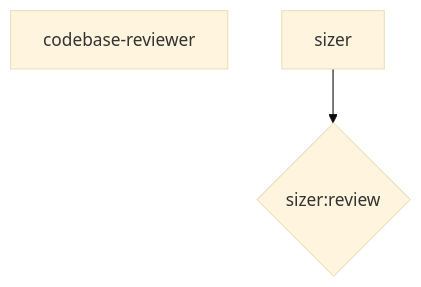
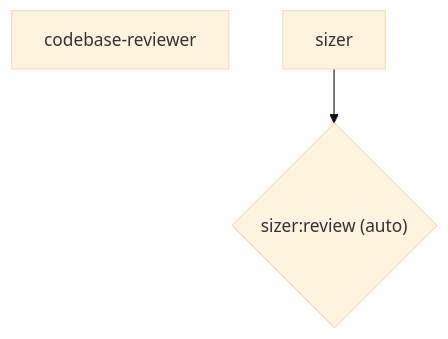
Before and after one commit to M-A-Operating-System/ai-coding-standards2: the diagram in docs/product/agile/generated/phases/00_ondemand.mmd, drawn with Mermaid (base theme). The commit also changed 10 other files, not shown here.

```diff
--- a/docs/product/agile/generated/phases/00_ondemand.mmd
+++ b/docs/product/agile/generated/phases/00_ondemand.mmd
@@ -1,5 +1,5 @@
 flowchart TD
     n_00_ondemand__codebase_reviewer["codebase-reviewer"]
     n_00_ondemand__sizer["sizer"]
-    gate__n_00_ondemand__sizer{"sizer:review"}
+    gate__n_00_ondemand__sizer{"sizer:review (auto)"}
     n_00_ondemand__sizer --> gate__n_00_ondemand__sizer
```
